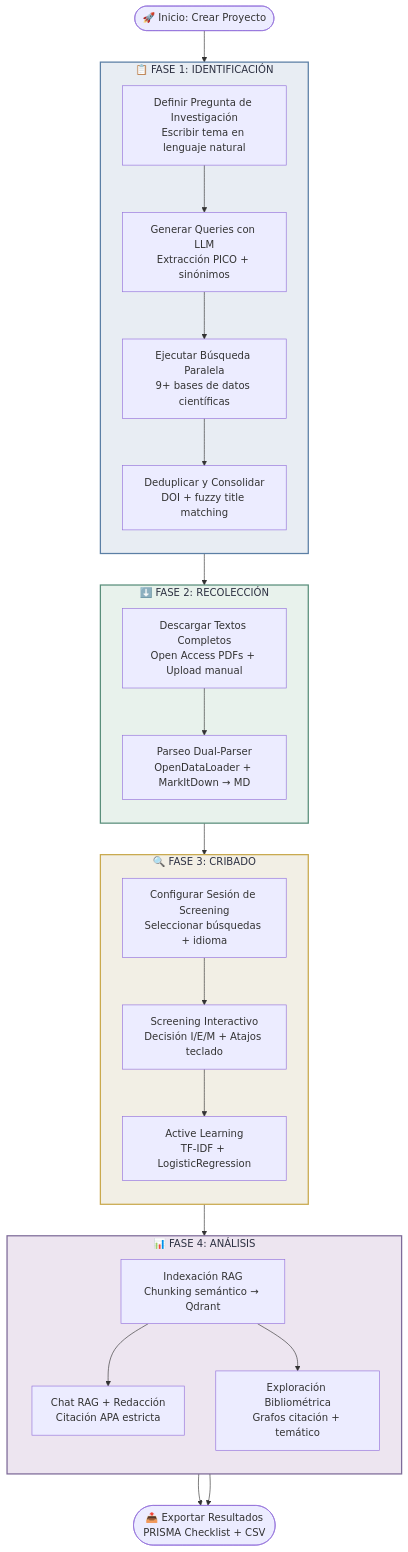
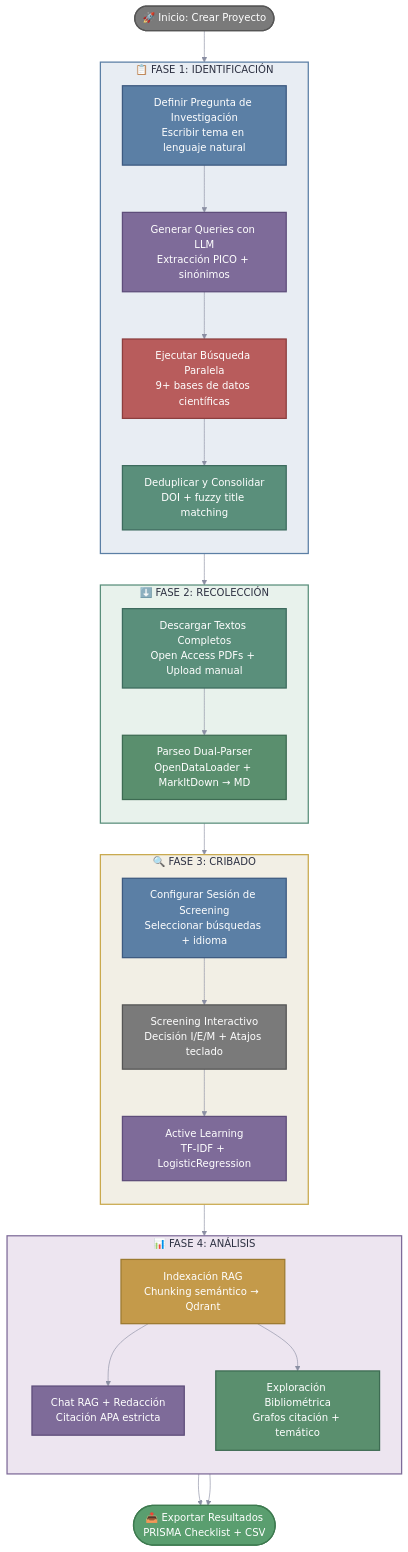
One commit to AlexPrietoRomani/AgriSearch changed the third of 13 diagrams in docs/architecture/arquitectura.md. Above: the diagram before and after it, drawn with Mermaid. The commit also changed other lines of this file, not shown here.

````diff
--- a/docs/architecture/arquitectura.md
+++ b/docs/architecture/arquitectura.md
@@ -194,51 +348,66 @@
 ```mermaid
+%%{init: {'theme': 'base', 'themeVariables': {'primaryColor': '#5b7fa5', 'primaryTextColor': '#fff', 'lineColor': '#8b8fa3', 'textColor': '#2d3142'}}}%%
 graph TD
+    classDef frontend fill:#5b7fa5,stroke:#3d5a80,color:#ffffff,stroke-width:2px
+    classDef backend fill:#5a8f7b,stroke:#3d6b5e,color:#ffffff,stroke-width:2px
+    classDef llm fill:#7e6b99,stroke:#5e4d7a,color:#ffffff,stroke-width:2px
+    classDef database fill:#c49a4a,stroke:#9c7a30,color:#ffffff,stroke-width:2px
+    classDef external fill:#b85c5c,stroke:#8c3e3e,color:#ffffff,stroke-width:2px
+    classDef user fill:#7a7a7a,stroke:#555555,color:#ffffff,stroke-width:2px
+    classDef success fill:#5a9e6f,stroke:#3d7a4f,color:#ffffff,stroke-width:2px
+    classDef warning fill:#c9a94e,stroke:#9c8230,color:#ffffff,stroke-width:2px
+    classDef error fill:#b85c5c,stroke:#8c3e3e,color:#ffffff,stroke-width:2px
+    classDef parser_odl fill:#4a7ab5,stroke:#345a8a,color:#ffffff,stroke-width:2px
+    classDef parser_mit fill:#7b6199,stroke:#5c4577,color:#ffffff,stroke-width:2px
+    classDef common fill:#5a8f6e,stroke:#3d6b52,color:#ffffff,stroke-width:2px
+
     A(["🚀 Inicio: Crear Proyecto"]):::user --> B
 
     subgraph FASE1 ["📋 FASE 1: IDENTIFICACIÓN"]
         direction TB
         B["Definir Pregunta de Investigación\nEscribir tema en lenguaje natural"]:::frontend
         C["Generar Queries con LLM\nExtracción PICO + sinónimos"]:::llm
         D["Ejecutar Búsqueda Paralela\n9+ bases de datos científicas"]:::external
         E["Deduplicar y Consolidar\nDOI + fuzzy title matching"]:::backend
         B --> C --> D --> E
     end
 
     E --> F
 
     subgraph FASE2 ["⬇️ FASE 2: RECOLECCIÓN"]
         direction TB
         F["Descargar Textos Completos\nOpen Access PDFs + Upload manual"]:::backend
         G["Parseo Dual-Parser\nOpenDataLoader + MarkItDown → MD"]:::common
         F --> G
     end
 
     G --> H
 
     subgraph FASE3 ["🔍 FASE 3: CRIBADO"]
         direction TB
         H["Configurar Sesión de Screening\nSeleccionar búsquedas + idioma"]:::frontend
         I["Screening Interactivo\nDecisión I/E/M + Atajos teclado"]:::user
         J["Active Learning\nTF-IDF + LogisticRegression"]:::llm
         H --> I --> J
     end
 
     J --> K
 
     subgraph FASE4 ["📊 FASE 4: ANÁLISIS"]
         direction TB
         K["Indexación RAG\nChunking semántico → Qdrant"]:::database
         L["Chat RAG + Redacción\nCitación APA estricta"]:::llm
         M["Exploración Bibliométrica\nGrafos citación + temático"]:::common
         K --> L
         K --> M
     end
 
     L --> N(["📤 Exportar Resultados\nPRISMA Checklist + CSV"]):::success
     M --> N
 
     style FASE1 fill:#e8edf3,stroke:#5b7fa5,stroke-width:2px,color:#2d3142
     style FASE2 fill:#e8f2ec,stroke:#5a8f7b,stroke-width:2px,color:#2d3142
     style FASE3 fill:#f2efe5,stroke:#c9a94e,stroke-width:2px,color:#2d3142
     style FASE4 fill:#ede5f0,stroke:#7e6b99,stroke-width:2px,color:#2d3142
+    style FASE4 fill:#ede5f0,stroke:#7e6b99,stroke-width:2px,color:#2d3142
 ```
````
